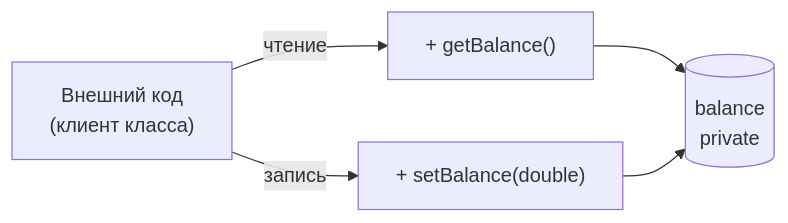
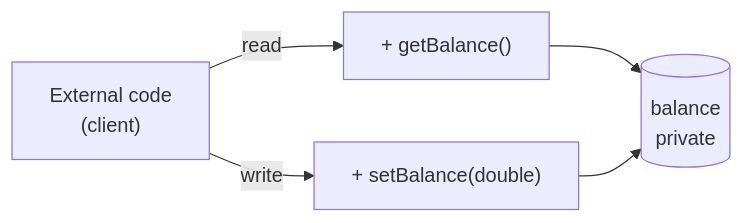
Before and after one commit to ModernProgrammingTech2026/mpt-lab-02-starter: the second of 10 diagrams in oop-types-and-design-ru.md, drawn with Mermaid. The commit also changed other lines of this file, not shown here.

````diff
--- a/oop-types-and-design-ru.md
+++ b/oop-types-and-design-ru.md
@@ -69,11 +69,11 @@
 ```mermaid
 flowchart LR
-    Client["Внешний код\n(клиент класса)"]
+    Client["External code\n(client)"]
     GetBalance["+ getBalance()"]
     SetBalance["+ setBalance(double)"]
     Balance[("balance\nprivate")]
-    Client -->|"чтение"| GetBalance
-    Client -->|"запись"| SetBalance
+    Client -->|"read"| GetBalance
+    Client -->|"write"| SetBalance
     GetBalance --> Balance
     SetBalance --> Balance
 ```
````
